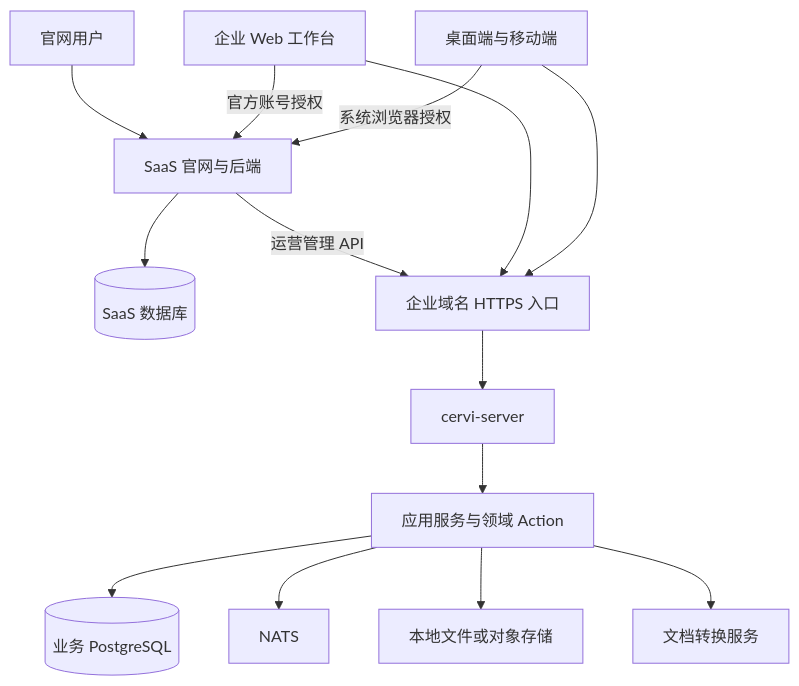
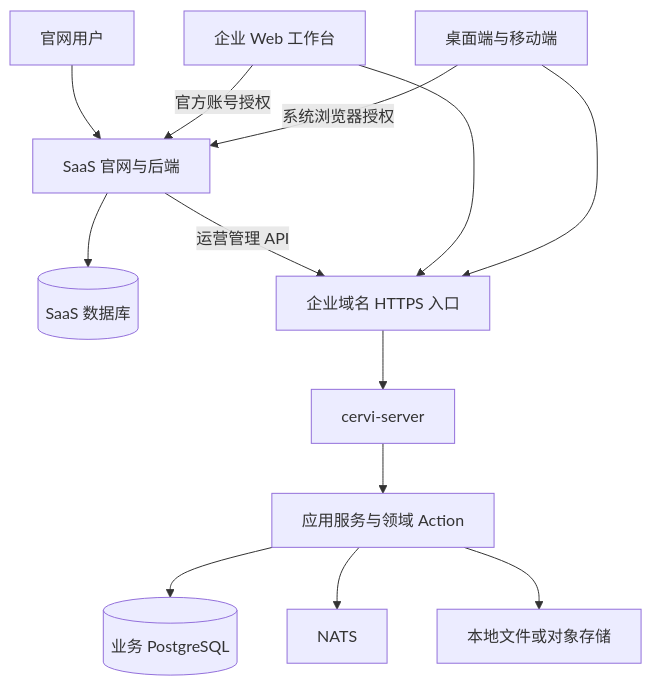
Before and after one commit to runforyou-ai/cervi: the first of 2 diagrams in docs/saas-hosting-plan.md, drawn with Mermaid. The commit also changed other lines of this file and 48 other files, not shown here.

````diff
--- a/docs/saas-hosting-plan.md
+++ b/docs/saas-hosting-plan.md
@@ -57,19 +57,18 @@
 ```mermaid
 flowchart TD
     Browser[官网用户] --> SaaS[SaaS 官网与后端]
     SaaS --> SaaSDB[(SaaS 数据库)]
     SaaS -->|运营管理 API| Edge[企业域名 HTTPS 入口]
 
     Web[企业 Web 工作台] --> Edge
     Native[桌面端与移动端] --> Edge
     Edge --> Server[cervi-server]
     Server --> App[应用服务与领域 Action]
 
     App --> PG[(业务 PostgreSQL)]
     App --> NATS[NATS]
     App --> Files[本地文件或对象存储]
-    App --> Convert[文档转换服务]
 
     Web -->|官方账号授权| SaaS
     Native -->|系统浏览器授权| SaaS
 ```
````
